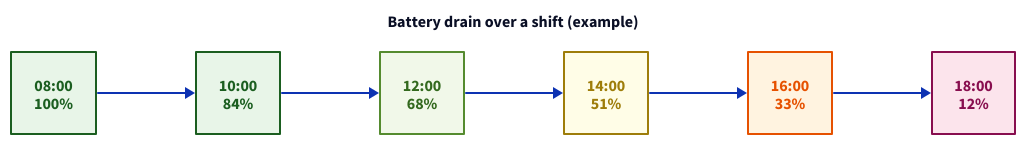
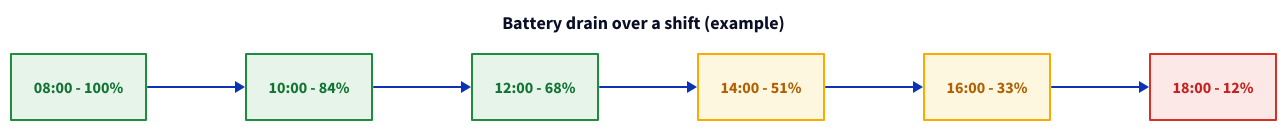
The diagram in docs/reference/troubleshooting/battery.md (admiral-ai/zebra-handheld-rfid-iotc), drawn with D2 before and after one commit. The commit also changed 40 other files, not shown here.

First line of the commit message:
Redesign all 54 D2 diagrams to a unified visual system

````diff
--- a/docs/reference/troubleshooting/battery.md
+++ b/docs/reference/troubleshooting/battery.md
@@ -36,11 +36,17 @@
 ```d2
-title: "Battery drain over a shift (example)" { near: top-center; shape: text; style.font-size: 16; style.bold: true }
+classes: {
+  good: { style: { fill: "#e6f4ea"; stroke: "#1e8e3e"; font-color: "#137333" } }
+  warn: { style: { fill: "#fef7e0"; stroke: "#f9ab00"; font-color: "#b06000" } }
+  bad:  { style: { fill: "#fce8e6"; stroke: "#d93025"; font-color: "#c5221f" } }
+}
+title: "Battery drain over a shift (example)" { near: top-center; shape: text; style.font-size: 18; style.bold: true }
 direction: right
-H08: "08:00\n100%" { style: { fill: "#e8f5e8"; stroke: "#1b5e20"; font-color: "#1b5e20" } }
-H10: "10:00\n84%" { style: { fill: "#e8f5e8"; stroke: "#1b5e20"; font-color: "#1b5e20" } }
-H12: "12:00\n68%" { style: { fill: "#f1f8e9"; stroke: "#558b2f"; font-color: "#33691e" } }
-H14: "14:00\n51%" { style: { fill: "#fffde7"; stroke: "#9e7d0a"; font-color: "#9e7d0a" } }
-H16: "16:00\n33%" { style: { fill: "#fff3e0"; stroke: "#e65100"; font-color: "#e65100" } }
-H18: "18:00\n12%" { style: { fill: "#fce4ec"; stroke: "#880e4f"; font-color: "#880e4f" } }
+H08: "08:00 - 100%" { class: good }
+H10: "10:00 - 84%" { class: good }
+H12: "12:00 - 68%" { class: good }
+H14: "14:00 - 51%" { class: warn }
+H16: "16:00 - 33%" { class: warn }
+H18: "18:00 - 12%" { class: bad }
 H08 -> H10 -> H12 -> H14 -> H16 -> H18
+
 ```
````
